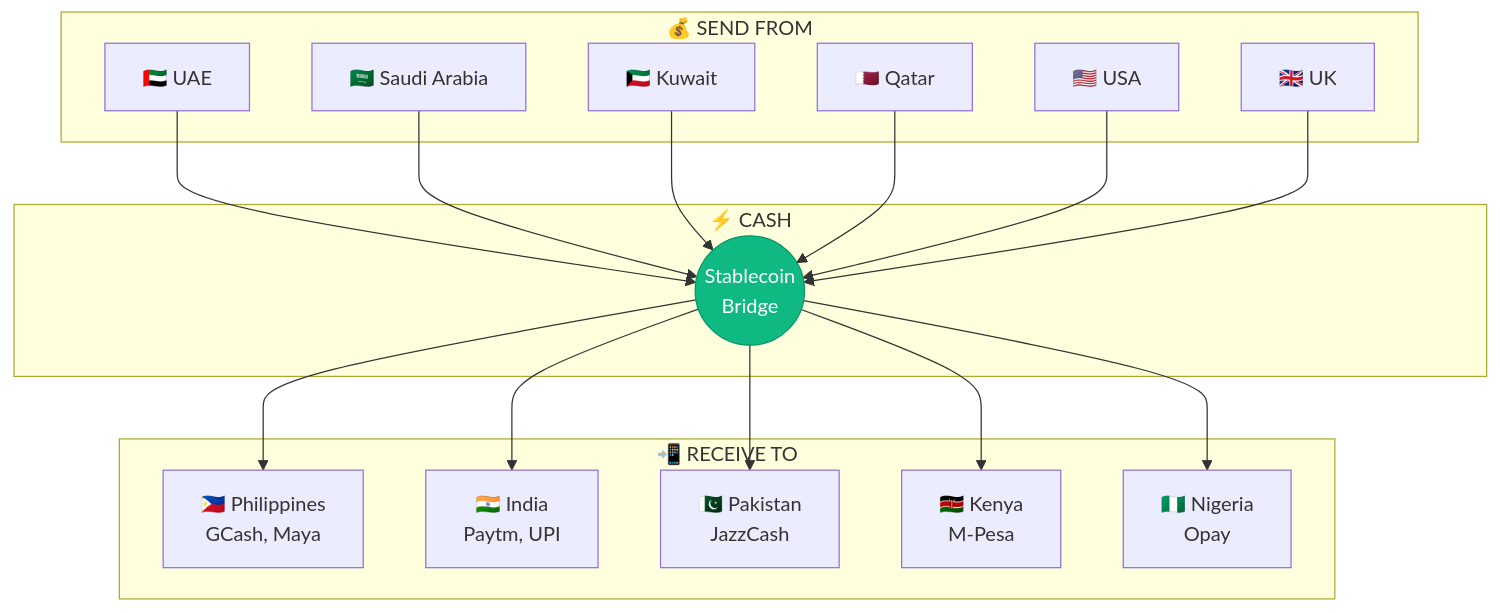
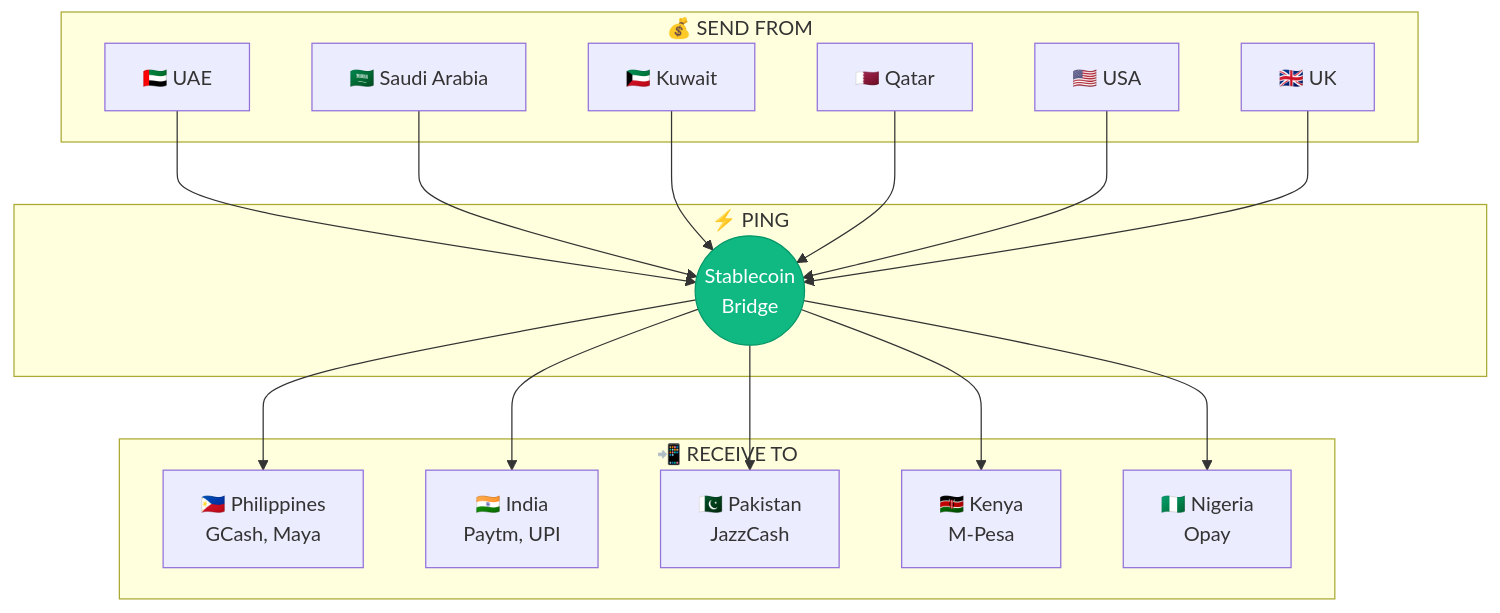
The fourth of 12 diagrams in README.md (ping-cash/ping-cash), drawn with Mermaid before and after one commit. The commit also changed other lines of this file and 38 other files, not shown here.

First line of the commit message:
chore: rebrand Cash → Ping; migrate to ping-cash/ping-cash

````diff
--- a/README.md
+++ b/README.md
@@ -145,38 +145,38 @@
 ```mermaid
 flowchart TB
     subgraph Send["💰 SEND FROM"]
         UAE[🇦🇪 UAE]
         KSA[🇸🇦 Saudi Arabia]
         KWT[🇰🇼 Kuwait]
         QAT[🇶🇦 Qatar]
         USA[🇺🇸 USA]
         GBR[🇬🇧 UK]
     end
 
-    subgraph Cash["⚡ CASH"]
+    subgraph Ping["⚡ PING"]
         Bridge((Stablecoin<br/>Bridge))
     end
 
     subgraph Receive["📲 RECEIVE TO"]
         PHL[🇵🇭 Philippines<br/>GCash, Maya]
         IND[🇮🇳 India<br/>Paytm, UPI]
         PAK[🇵🇰 Pakistan<br/>JazzCash]
         KEN[🇰🇪 Kenya<br/>M-Pesa]
         NGA[🇳🇬 Nigeria<br/>Opay]
     end
 
     UAE --> Bridge
     KSA --> Bridge
     KWT --> Bridge
     QAT --> Bridge
     USA --> Bridge
     GBR --> Bridge
 
     Bridge --> PHL
     Bridge --> IND
     Bridge --> PAK
     Bridge --> KEN
     Bridge --> NGA
 
     style Bridge fill:#10b981,color:#fff,stroke:#059669
 ```
````
